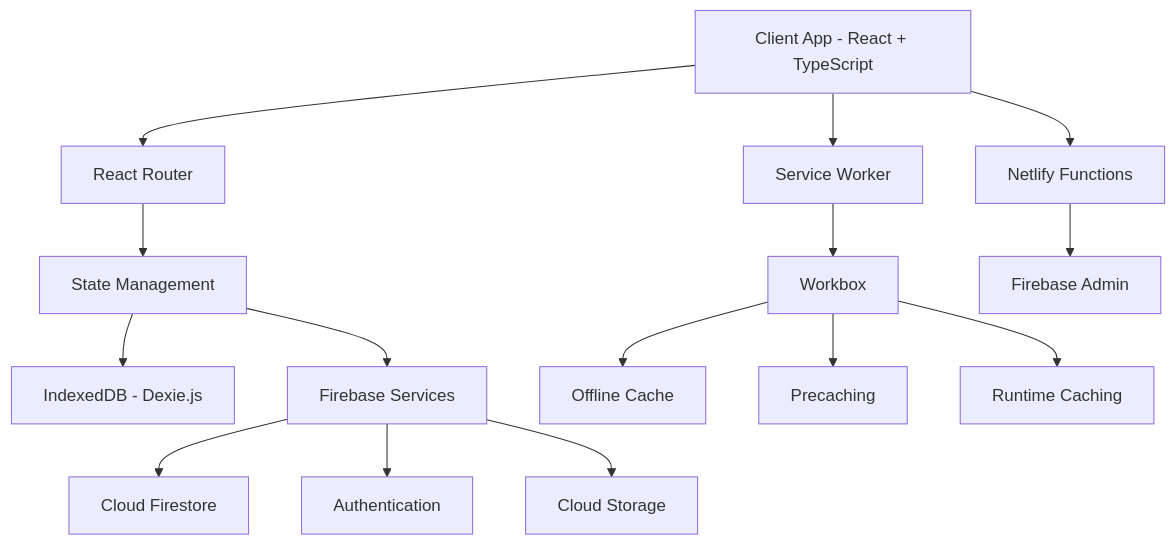
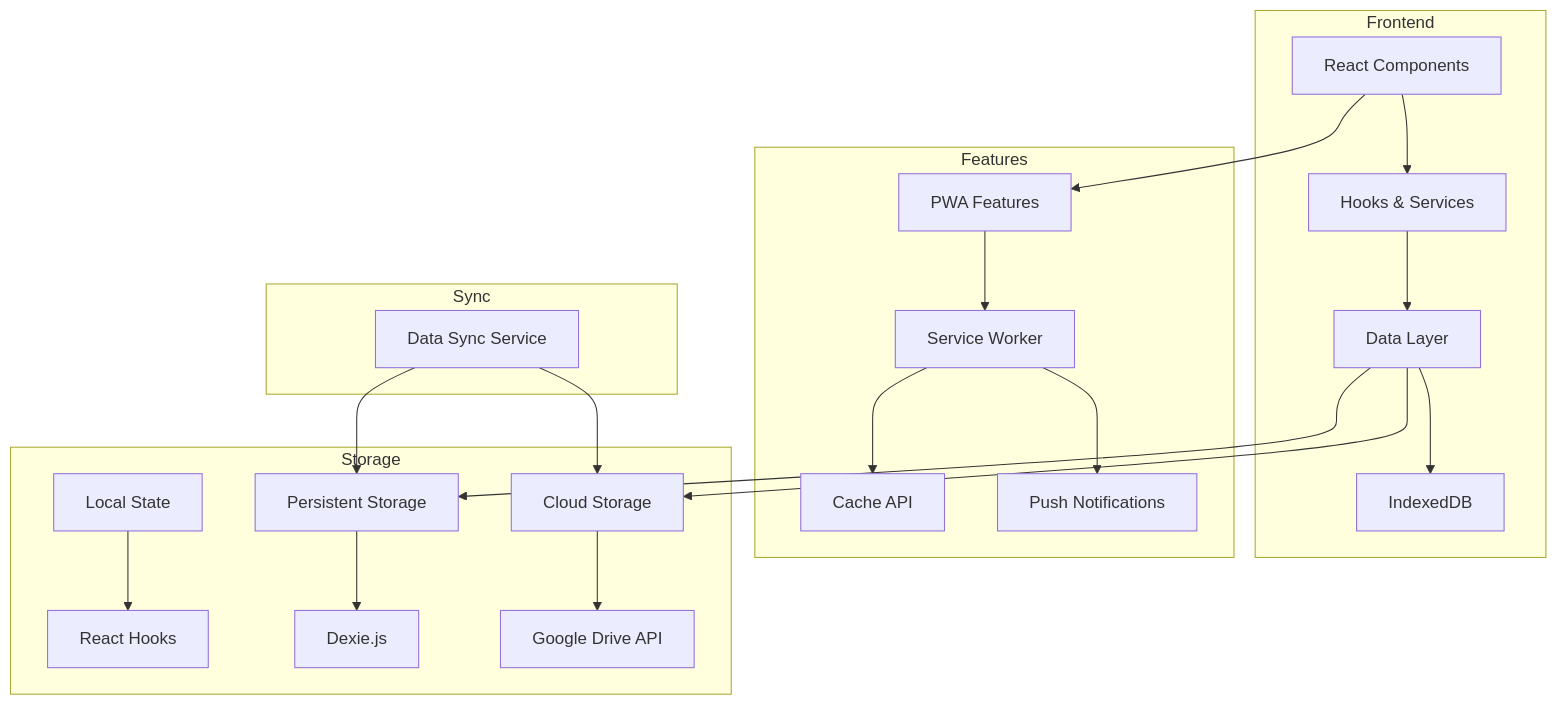
The diagram in public/README.md (swapnil-bhamat/Personal-Finance-PWA), drawn with Mermaid before and after one commit. The commit also changed other lines of this file and 26 other files, not shown here.

First line of the commit message:
feat: Implement Google Drive integration with authentication, file management, and logging

````diff
--- a/public/README.md
+++ b/public/README.md
@@ -54,17 +18,29 @@
 ```mermaid
 graph TD
-    A[Client App - React + TypeScript] --> R[React Router]
-    R --> B[State Management]
-    B --> C[IndexedDB - Dexie.js]
-    B --> D[Firebase Services]
-    D --> E[Cloud Firestore]
-    D --> F[Authentication]
-    D --> CS[Cloud Storage]
-    A --> G[Service Worker]
-    G --> W[Workbox]
-    W --> H[Offline Cache]
-    W --> PC[Precaching]
-    W --> RT[Runtime Caching]
-    A --> N[Netlify Functions]
-    N --> FA[Firebase Admin]
+    subgraph Frontend
+        A[React Components] --> B[Hooks & Services]
+        B --> C[Data Layer]
+        C --> D[IndexedDB]
+    end
+
+    subgraph Features
+        E[PWA Features] --> F[Service Worker]
+        F --> G[Cache API]
+        F --> H[Push Notifications]
+    end
+
+    subgraph Storage
+        I[Local State] --> J[React Hooks]
+        K[Persistent Storage] --> L[Dexie.js]
+        M[Cloud Storage] --> N[Google Drive API]
+    end
+
+    subgraph Sync
+        O[Data Sync Service] --> K
+        O --> M
+    end
+
+    C --> K
+    C --> M
+    A --> E
 ```
````
